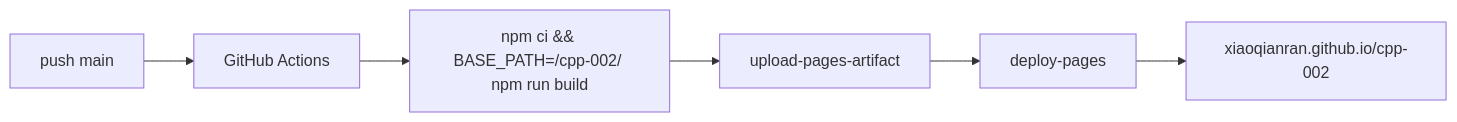
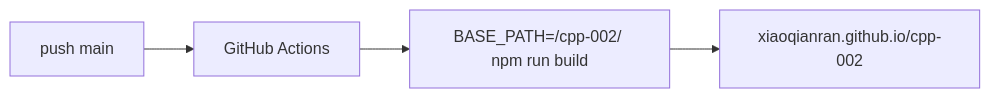
One commit to xiaoqianran/cpp-002 changed the second of 2 diagrams in README.md. Above: the diagram before and after it, drawn with Mermaid. The commit also changed other lines of this file and 13 other files, not shown here.

First line of the commit message:
feat: 康奈尔箱面光源 + 调试视图

````diff
--- a/README.md
+++ b/README.md
@@ -24,8 +40,6 @@
 ```mermaid
 flowchart LR
   Push[push main] --> CI[GitHub Actions]
-  CI --> Build["npm ci && BASE_PATH=/cpp-002/ npm run build"]
-  Build --> Artifact[upload-pages-artifact]
-  Artifact --> Deploy[deploy-pages]
-  Deploy --> Site[xiaoqianran.github.io/cpp-002]
+  CI --> Build["BASE_PATH=/cpp-002/ npm run build"]
+  Build --> Site[xiaoqianran.github.io/cpp-002]
 ```
````
